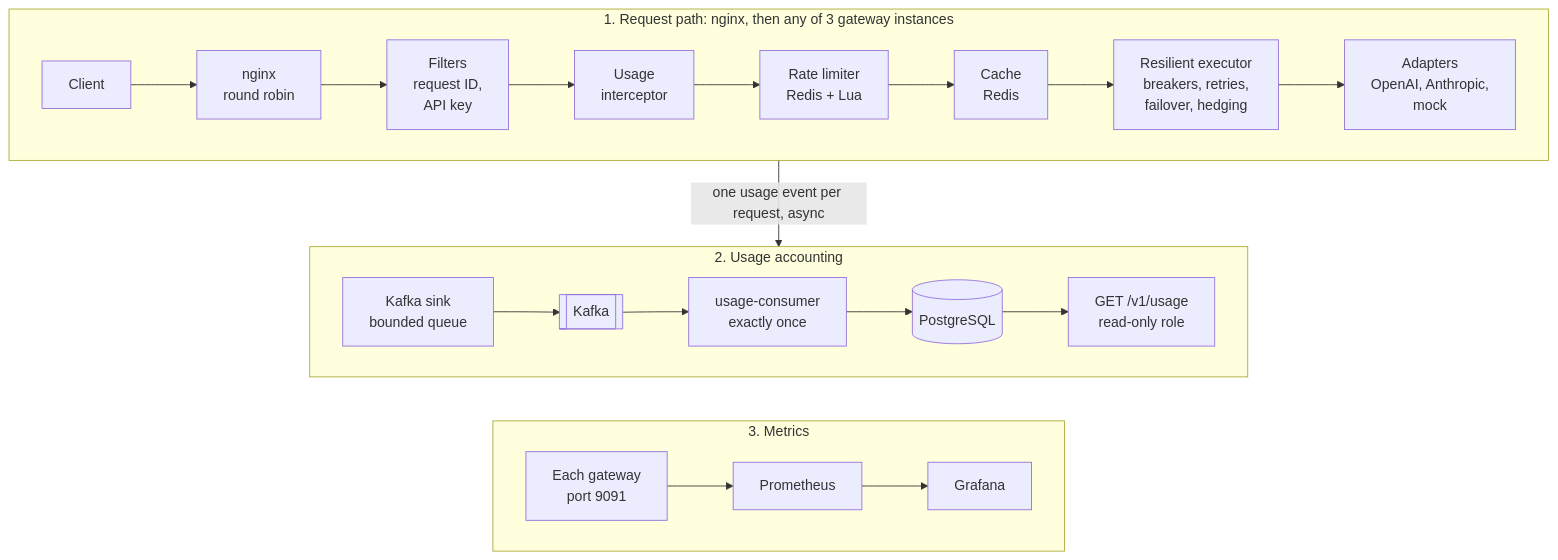
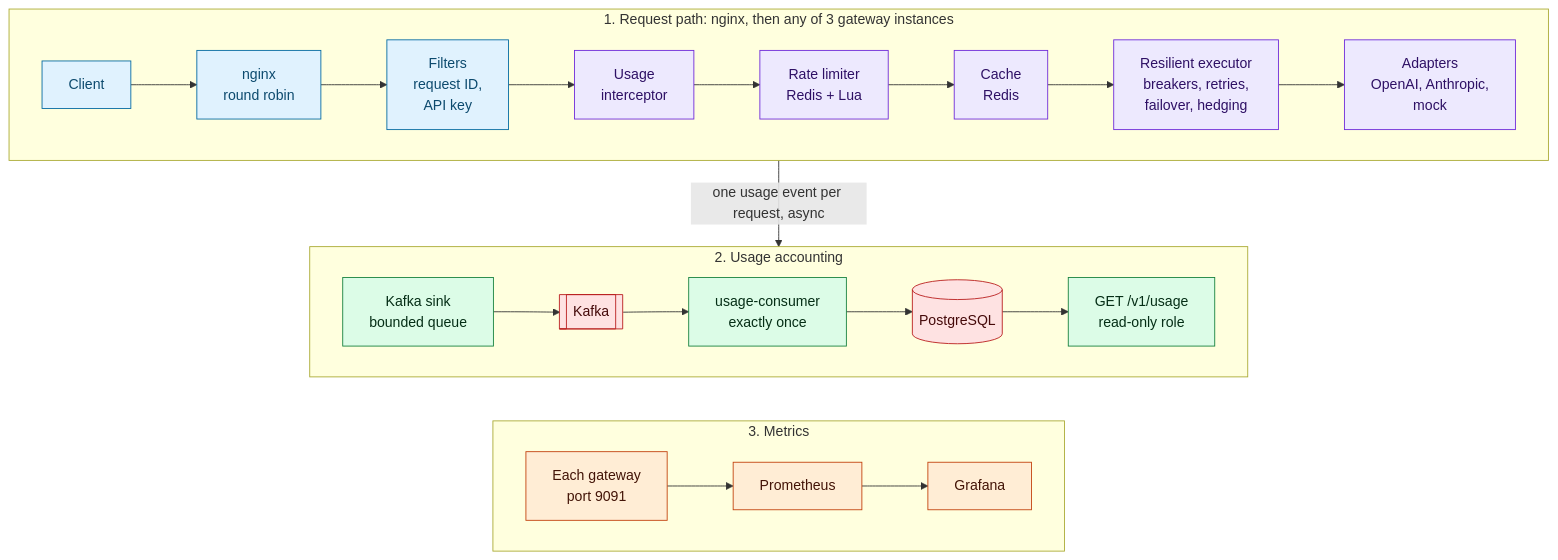
One commit to arsheen2244/llm-gateway changed the diagram in README.md. Above: the diagram before and after it, drawn with Mermaid. The commit also changed other lines of this file, not shown here.

Commit message:
Make the README easier to scan: headline numbers, feature cards, coloured diagram, folded detail

````diff
--- a/README.md
+++ b/README.md
@@ -172,29 +279,40 @@
 ```mermaid
 flowchart TB
     subgraph REQ["1. Request path: nginx, then any of 3 gateway instances"]
         direction LR
         C[Client] --> N[nginx<br/>round robin]
         N --> F[Filters<br/>request ID,<br/>API key]
         F --> U[Usage<br/>interceptor]
         U --> RL[Rate limiter<br/>Redis + Lua]
         RL --> CA[Cache<br/>Redis]
         CA --> EX[Resilient executor<br/>breakers, retries,<br/>failover, hedging]
         EX --> PR[Adapters<br/>OpenAI, Anthropic,<br/>mock]
     end
 
     subgraph ACC["2. Usage accounting"]
         direction LR
         Q[Kafka sink<br/>bounded queue] --> K[[Kafka]]
         K --> CO[usage-consumer<br/>exactly once]
         CO --> PG[(PostgreSQL)]
         PG --> UC[GET /v1/usage<br/>read-only role]
     end
 
     subgraph MET["3. Metrics"]
         direction LR
         M[Each gateway<br/>port 9091] --> PM[Prometheus] --> G[Grafana]
     end
 
     REQ -->|one usage event per request, async| ACC
     ACC ~~~ MET
+
+    classDef edge fill:#e0f2fe,stroke:#0369a1,color:#0c4a6e
+    classDef core fill:#ede9fe,stroke:#6d28d9,color:#2e1065
+    classDef store fill:#fee2e2,stroke:#b91c1c,color:#450a0a
+    classDef usage fill:#dcfce7,stroke:#15803d,color:#052e16
+    classDef metrics fill:#ffedd5,stroke:#c2410c,color:#431407
+    class C,N,F edge
+    class U,RL,CA,EX,PR core
+    class Q,CO,UC usage
+    class K,PG store
+    class M,PM,G metrics
 ```
````
